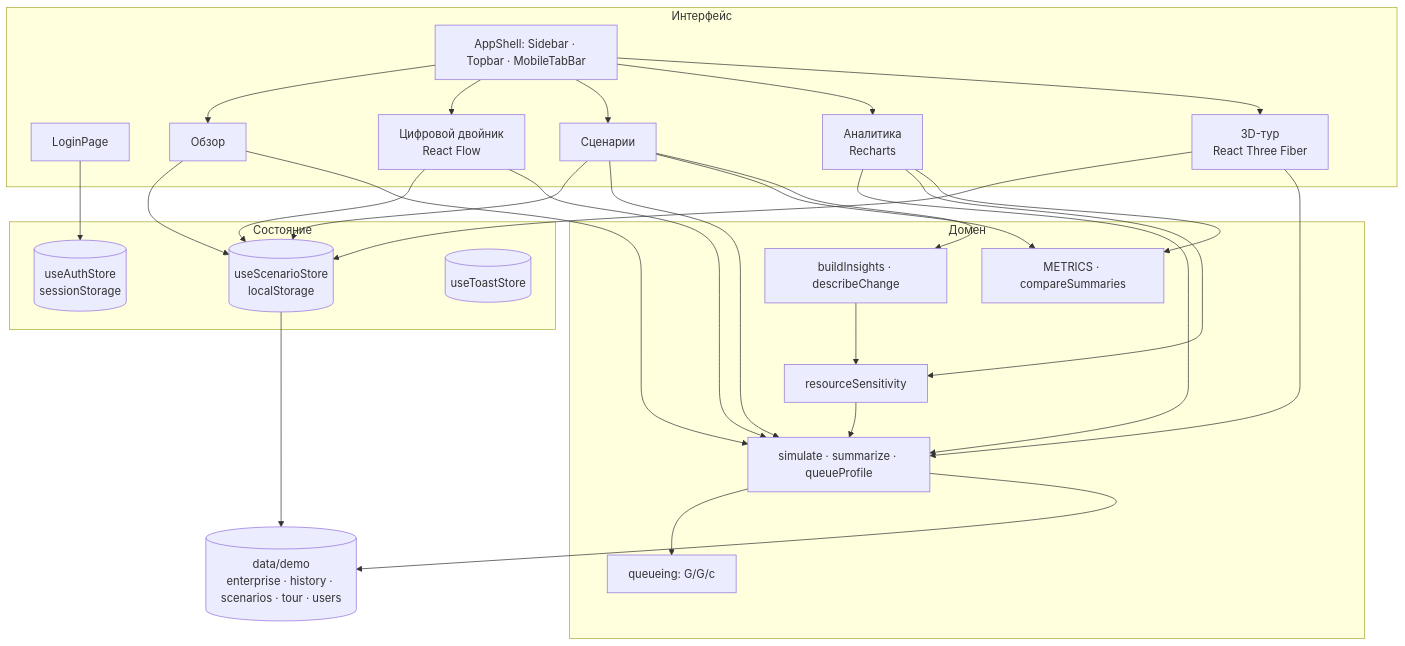
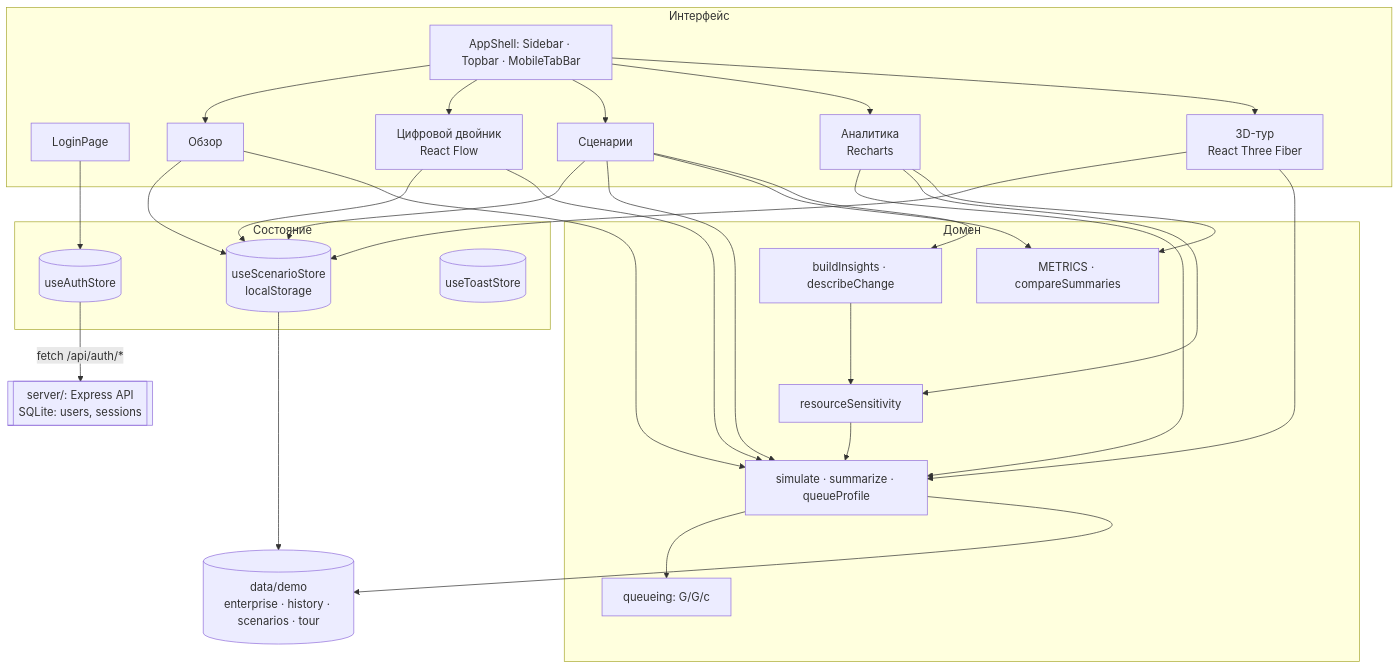
The first of 6 diagrams in docs/02-architecture.md (aMr1231/h1), drawn with Mermaid before and after one commit. The commit also changed other lines of this file and 36 other files, not shown here.

````diff
--- a/docs/02-architecture.md
+++ b/docs/02-architecture.md
@@ -18,43 +19,45 @@
 ```mermaid
 flowchart TB
   subgraph UI[Интерфейс]
     Login[LoginPage]
     Shell[AppShell: Sidebar · Topbar · MobileTabBar]
     Dash[Обзор]
     Twin[Цифровой двойник<br/>React Flow]
     Scen[Сценарии]
     Anal[Аналитика<br/>Recharts]
     Tour[3D-тур<br/>React Three Fiber]
   end
 
   subgraph State[Состояние]
-    Auth[(useAuthStore<br/>sessionStorage)]
+    Auth[(useAuthStore)]
     Store[(useScenarioStore<br/>localStorage)]
     Toast[(useToastStore)]
   end
 
   subgraph Domain[Домен]
     Engine[simulate · summarize · queueProfile]
     Queue[queueing: G/G/c]
     Sens[resourceSensitivity]
     Metrics[METRICS · compareSummaries]
     Insights[buildInsights · describeChange]
   end
 
-  Data[(data/demo<br/>enterprise · history · scenarios · tour · users)]
+  Data[(data/demo<br/>enterprise · history · scenarios · tour)]
+  API[[server/: Express API<br/>SQLite: users, sessions]]
 
   Login --> Auth
+  Auth -->|fetch /api/auth/*| API
   Shell --> Dash & Twin & Scen & Anal & Tour
   Scen --> Store
   Twin --> Store
   Tour --> Store
   Dash --> Store
   Dash & Twin & Scen & Anal & Tour --> Engine
   Engine --> Queue
   Sens --> Engine
   Insights --> Sens
   Scen --> Metrics & Insights
   Anal --> Sens & Metrics
   Engine --> Data
   Store --> Data
 ```
````
